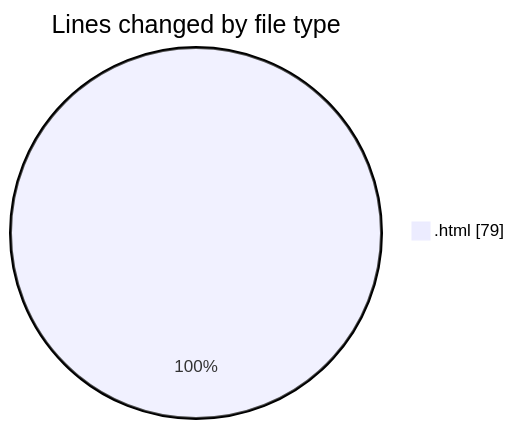
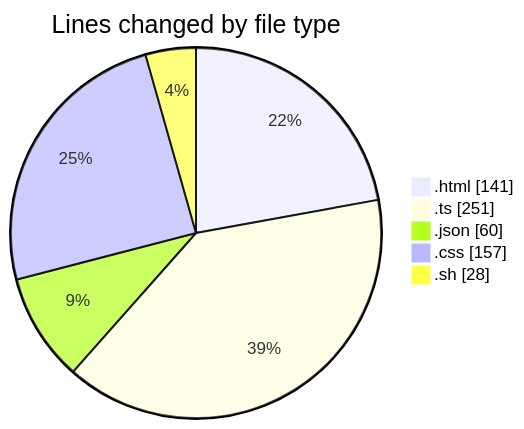
The first of 2 diagrams in 2025-07-20/defer/README.md (EIIisD/code-tracking), drawn with Mermaid before and after one commit. The commit also changed other lines of this file and 1 other file, not shown here.

````diff
--- a/2025-07-20/defer/README.md
+++ b/2025-07-20/defer/README.md
@@ -20,5 +29,9 @@
 ```mermaid
 pie showData
 title Lines changed by file type
-".html" : 79
+".html" : 141
+".ts" : 251
+".json" : 60
+".css" : 157
+".sh" : 28
 ```
````
